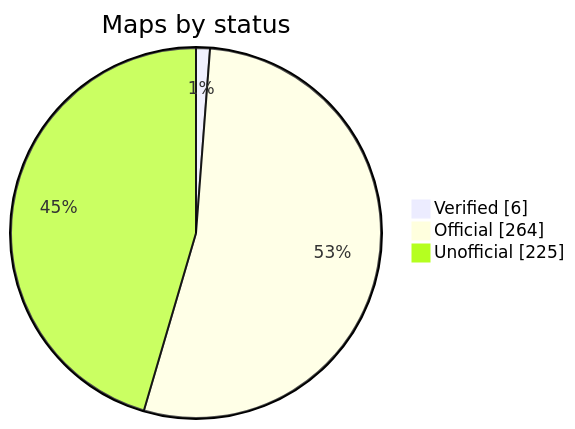
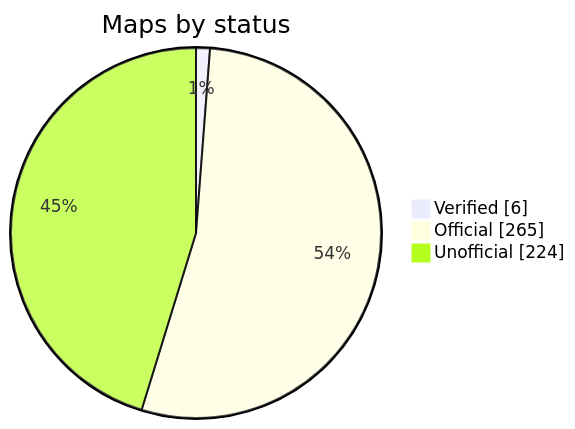
The diagram in README.md (nobrega8/mbmap-library), drawn with Mermaid before and after one commit. The commit also changed 2 other files, not shown here.

Commit message:
Rewrite the Schneider Electric PM1000/PM1200 map from the user manual (#76)

````diff
--- a/README.md
+++ b/README.md
@@ -48,7 +48,7 @@
 ```mermaid
 pie showData
     title Maps by status
     "Verified" : 6
-    "Official" : 264
-    "Unofficial" : 225
+    "Official" : 265
+    "Unofficial" : 224
 ```
````
